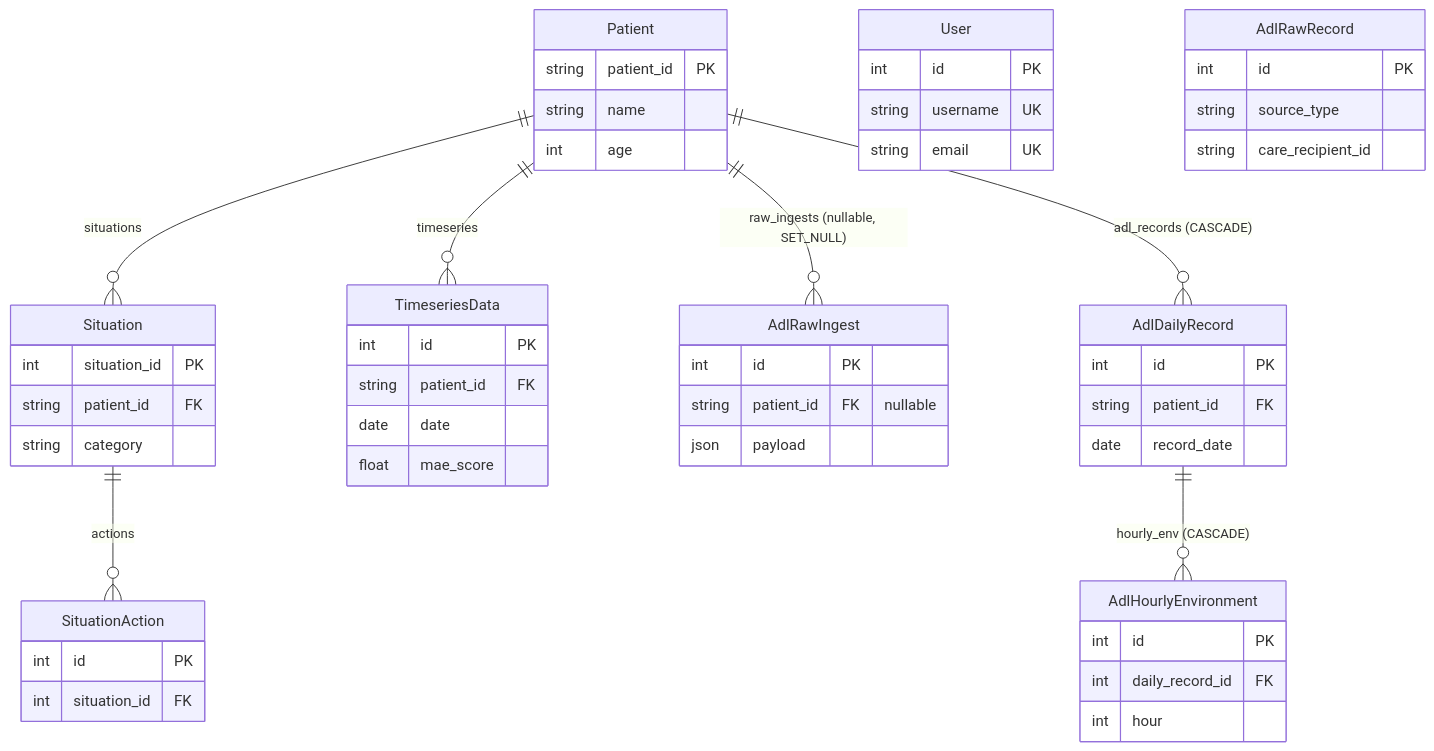
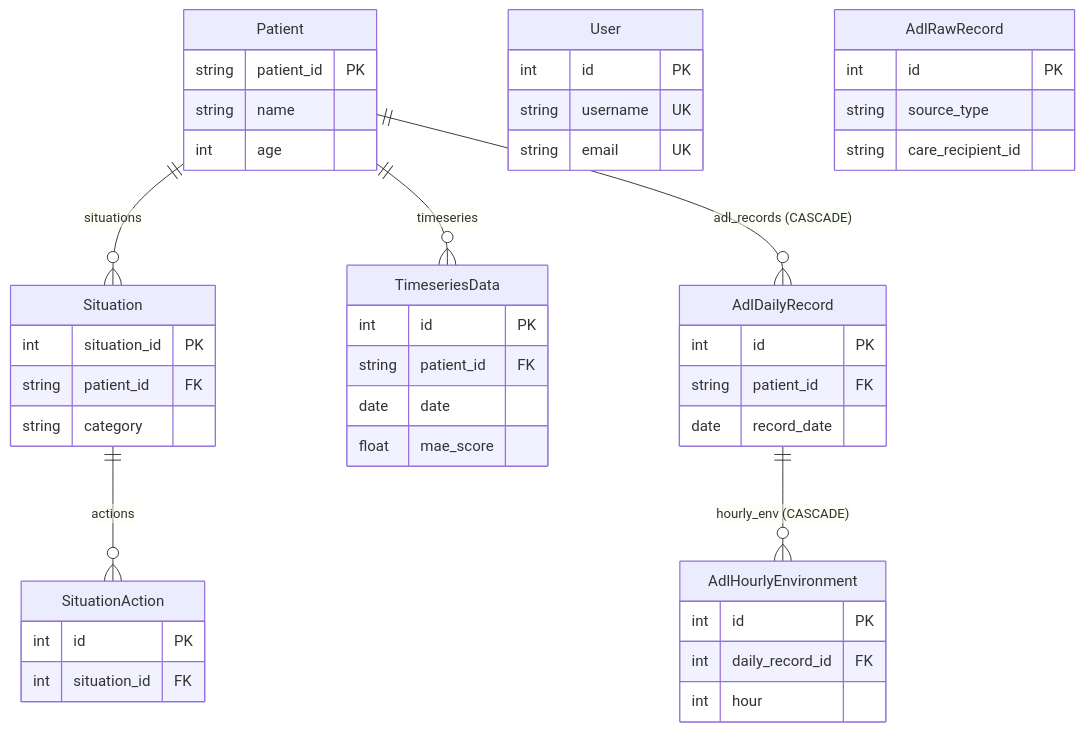
The diagram in docs/database-schema.md (greenrain78/salpyeobom-backend), drawn with Mermaid before and after one commit. The commit also changed other lines of this file and 2 other files, not shown here.

First line of the commit message:
refactor: 미사용 AdlRawIngest 모델 제거

````diff
--- a/docs/database-schema.md
+++ b/docs/database-schema.md
@@ -38,55 +37,49 @@
 ```mermaid
 erDiagram
     Patient ||--o{ Situation : "situations"
     Situation ||--o{ SituationAction : "actions"
     Patient ||--o{ TimeseriesData : "timeseries"
-    Patient ||--o{ AdlRawIngest : "raw_ingests (nullable, SET_NULL)"
     Patient ||--o{ AdlDailyRecord : "adl_records (CASCADE)"
     AdlDailyRecord ||--o{ AdlHourlyEnvironment : "hourly_env (CASCADE)"
 
     User {
         int id PK
         string username UK
         string email UK
     }
     Patient {
         string patient_id PK
         string name
         int age
     }
     Situation {
         int situation_id PK
         string patient_id FK
         string category
     }
     SituationAction {
         int id PK
         int situation_id FK
     }
     TimeseriesData {
         int id PK
         string patient_id FK
         date date
         float mae_score
     }
-    AdlRawIngest {
-        int id PK
-        string patient_id FK "nullable"
-        json payload
-    }
     AdlDailyRecord {
         int id PK
         string patient_id FK
         date record_date
     }
     AdlHourlyEnvironment {
         int id PK
         int daily_record_id FK
         int hour
     }
     AdlRawRecord {
         int id PK
         string source_type
         string care_recipient_id
     }
 ```
````
